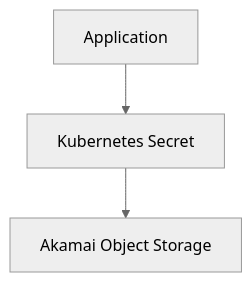
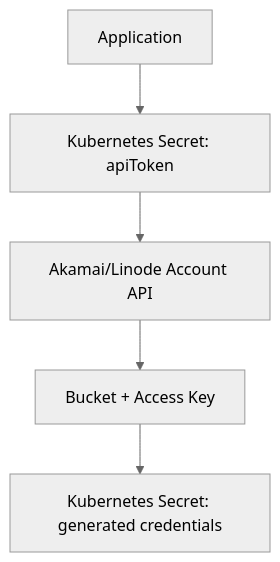
Before and after one commit to Ningendo7/forge-operator: the third of 4 diagrams in README.md, drawn with Mermaid (neutral theme). The commit also changed other lines of this file and 42 other files, not shown here.

````diff
--- a/README.md
+++ b/README.md
@@ -75,5 +129,7 @@
 ```mermaid
 flowchart TD
-    A[Application] --> B[Kubernetes Secret]
-    B --> C[Akamai Object Storage]
+    A[Application] --> B[Kubernetes Secret: apiToken]
+    B --> C[Akamai/Linode Account API]
+    C --> D[Bucket + Access Key]
+    D --> E[Kubernetes Secret: generated credentials]
 ```
````
